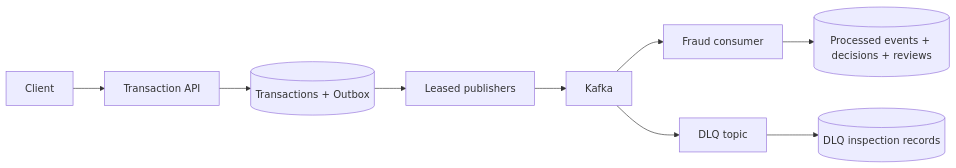
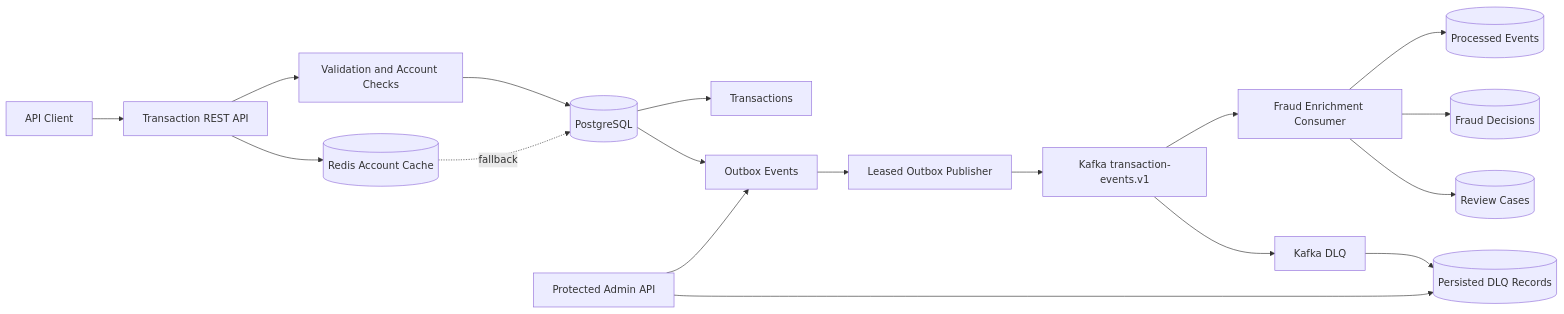
One commit to chandangrg/fraud-detection-pipeline changed the diagram in README.md. Above: the diagram before and after it, drawn with Mermaid. The commit also changed other lines of this file, not shown here.

````diff
--- a/README.md
+++ b/README.md
@@ -16,11 +37,27 @@
 ```mermaid
 flowchart LR
- C[Client] --> API[Transaction API]
- API --> DB[(Transactions + Outbox)]
- DB --> P[Leased publishers]
- P --> K[Kafka]
- K --> F[Fraud consumer]
- F --> D[(Processed events + decisions + reviews)]
- K --> DLQ[DLQ topic]
- DLQ --> I[(DLQ inspection records)]
+    Client[API Client] --> API[Transaction REST API]
+
+    API --> Validation[Validation and Account Checks]
+    Validation --> DB[(PostgreSQL)]
+
+    DB --> Tx[Transactions]
+    DB --> Outbox[Outbox Events]
+
+    Outbox --> Publisher[Leased Outbox Publisher]
+    Publisher --> Kafka[Kafka transaction-events.v1]
+
+    Kafka --> Consumer[Fraud Enrichment Consumer]
+    Consumer --> Processed[(Processed Events)]
+    Consumer --> Decisions[(Fraud Decisions)]
+    Consumer --> Reviews[(Review Cases)]
+
+    Kafka --> DLQ[Kafka DLQ]
+    DLQ --> DLQStore[(Persisted DLQ Records)]
+
+    Admin[Protected Admin API] --> DLQStore
+    Admin --> Outbox
+
+    API --> Redis[(Redis Account Cache)]
+    Redis -. fallback .-> DB
 ```
````
